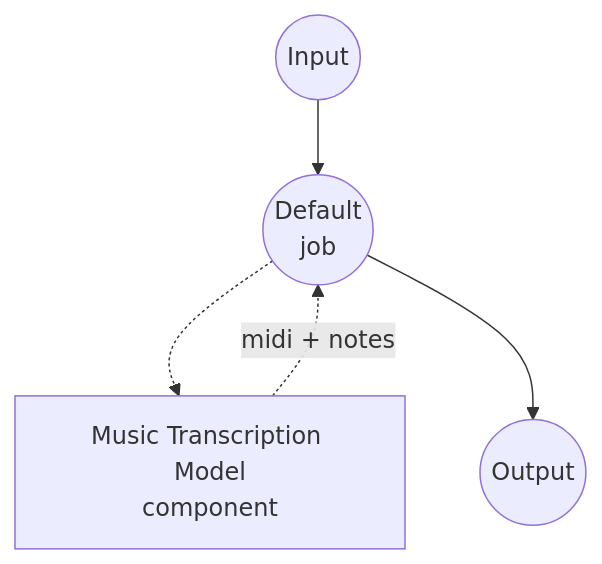
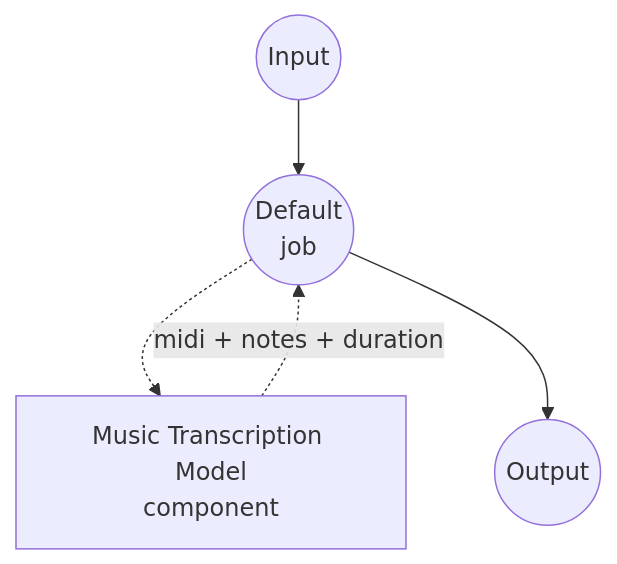
The diagram in examples/model-tasks/music-transcription/README.md (hanyeol/model-compose), drawn with Mermaid before and after one commit. The commit also changed other lines of this file and 3 other files, not shown here.

````diff
--- a/examples/model-tasks/music-transcription/README.md
+++ b/examples/model-tasks/music-transcription/README.md
@@ -102,11 +103,11 @@
 ```mermaid
 graph TD
     J1((Default<br/>job))
     C1[Music Transcription Model<br/>component]
 
     J1 -.-> C1
-    C1 -.-> |midi + notes| J1
+    C1 -.-> |midi + notes + duration| J1
 
     Input((Input)) --> J1
     J1 --> Output((Output))
 ```
````
